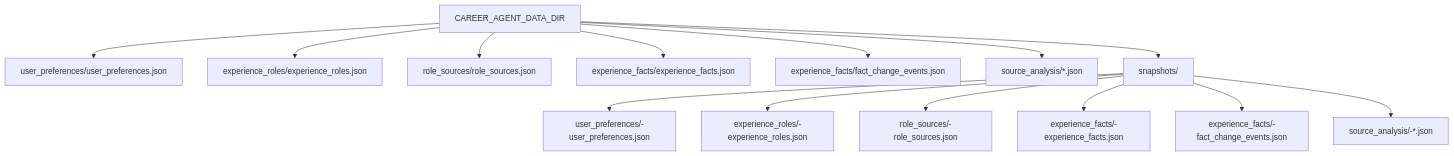
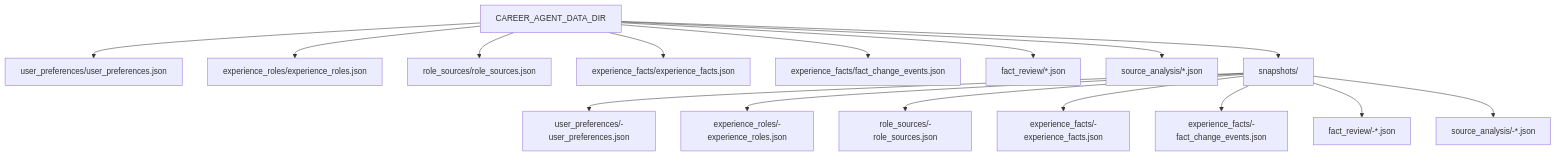
One commit to rsauers0/career-agent changed the eighth of 8 diagrams in docs/diagrams.md. Above: the diagram before and after it, drawn with Mermaid. The commit also changed other lines of this file and 17 other files, not shown here.

First line of the commit message:
feat: add fact review workflow artifacts

````diff
--- a/docs/diagrams.md
+++ b/docs/diagrams.md
@@ -238,19 +245,21 @@
 ```mermaid
 flowchart TD
     DataDir["CAREER_AGENT_DATA_DIR"]
 
     DataDir --> Preferences["user_preferences/user_preferences.json"]
     DataDir --> Roles["experience_roles/experience_roles.json"]
     DataDir --> Sources["role_sources/role_sources.json"]
     DataDir --> Facts["experience_facts/experience_facts.json"]
     DataDir --> FactEvents["experience_facts/fact_change_events.json"]
+    DataDir --> Review["fact_review/*.json"]
     DataDir --> Analysis["source_analysis/*.json"]
     DataDir --> Snapshots["snapshots/"]
 
     Snapshots --> PreferenceSnapshots["user_preferences/<timestamp>-user_preferences.json"]
     Snapshots --> RoleSnapshots["experience_roles/<timestamp>-experience_roles.json"]
     Snapshots --> SourceSnapshots["role_sources/<timestamp>-role_sources.json"]
     Snapshots --> FactSnapshots["experience_facts/<timestamp>-experience_facts.json"]
     Snapshots --> FactEventSnapshots["experience_facts/<timestamp>-fact_change_events.json"]
+    Snapshots --> ReviewSnapshots["fact_review/<timestamp>-*.json"]
     Snapshots --> AnalysisSnapshots["source_analysis/<timestamp>-*.json"]
 ```
````
